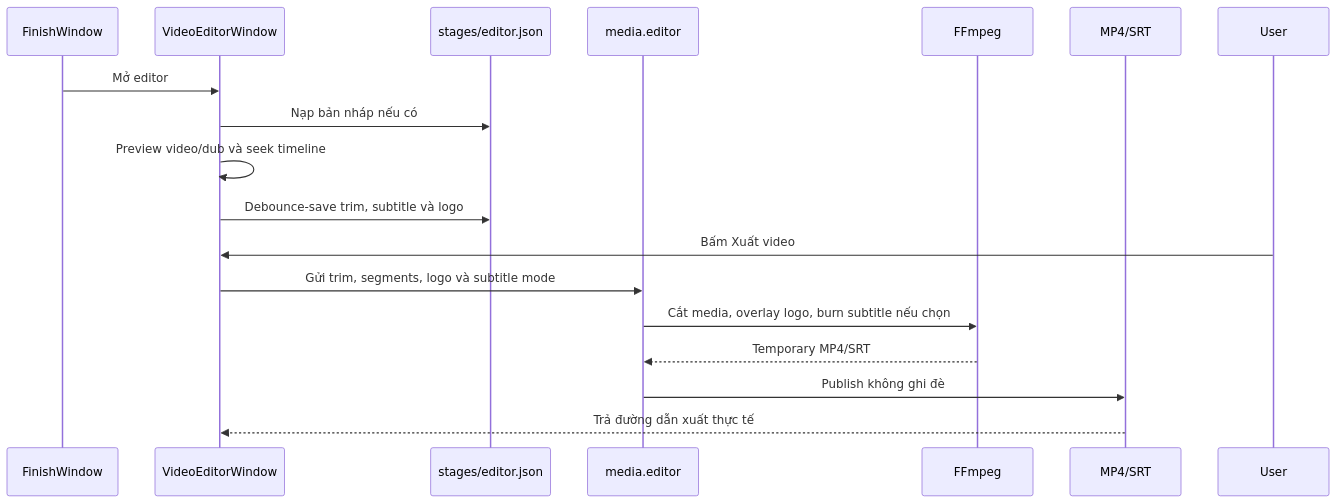
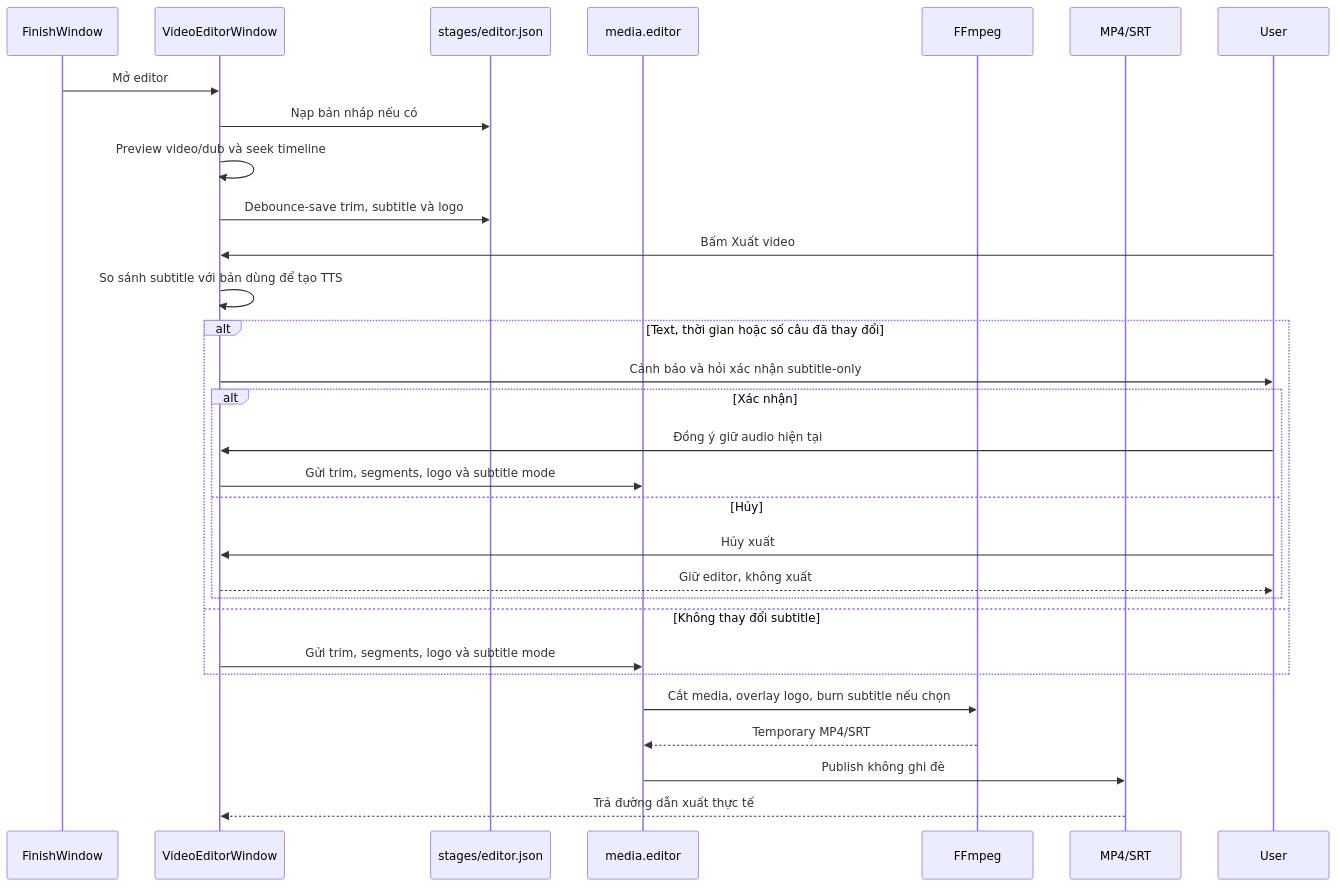
Before and after one commit to hungtvb/vietdub: the sixth of 6 diagrams in docs/WORKFLOWS.md, drawn with Mermaid. The commit also changed other lines of this file and 6 other files, not shown here.

Commit message:
feat: confirm subtitle-only editor exports

```diff
--- a/docs/WORKFLOWS.md
+++ b/docs/WORKFLOWS.md
@@ -126,20 +126,32 @@
 ~~~mermaid
 sequenceDiagram
     participant Finish as FinishWindow
     participant Editor as VideoEditorWindow
     participant Draft as stages/editor.json
     participant Media as media.editor
     participant FFmpeg as FFmpeg
     participant Output as MP4/SRT
 
     Finish->>Editor: Mở editor
     Editor->>Draft: Nạp bản nháp nếu có
     Editor->>Editor: Preview video/dub và seek timeline
     Editor->>Draft: Debounce-save trim, subtitle và logo
     User->>Editor: Bấm Xuất video
-    Editor->>Media: Gửi trim, segments, logo và subtitle mode
+    Editor->>Editor: So sánh subtitle với bản dùng để tạo TTS
+    alt Text, thời gian hoặc số câu đã thay đổi
+        Editor->>User: Cảnh báo và hỏi xác nhận subtitle-only
+        alt Xác nhận
+            User->>Editor: Đồng ý giữ audio hiện tại
+            Editor->>Media: Gửi trim, segments, logo và subtitle mode
+        else Hủy
+            User->>Editor: Hủy xuất
+            Editor-->>User: Giữ editor, không xuất
+        end
+    else Không thay đổi subtitle
+        Editor->>Media: Gửi trim, segments, logo và subtitle mode
+    end
     Media->>FFmpeg: Cắt media, overlay logo, burn subtitle nếu chọn
     FFmpeg-->>Media: Temporary MP4/SRT
     Media->>Output: Publish không ghi đè
     Output-->>Editor: Trả đường dẫn xuất thực tế
 ~~~
```
